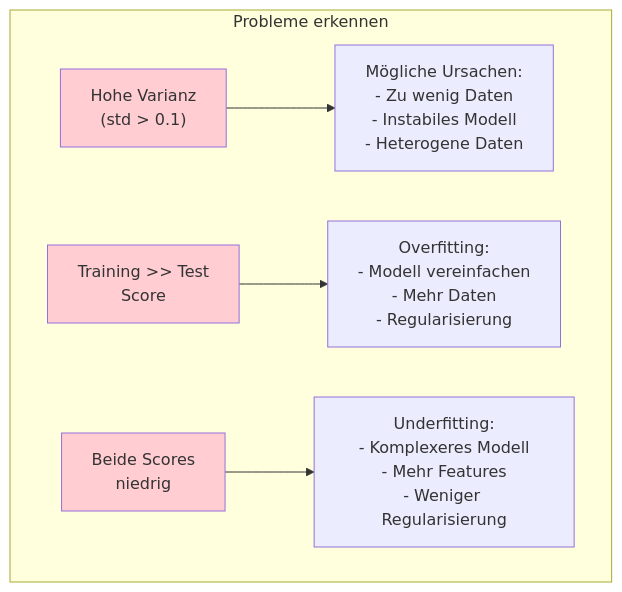
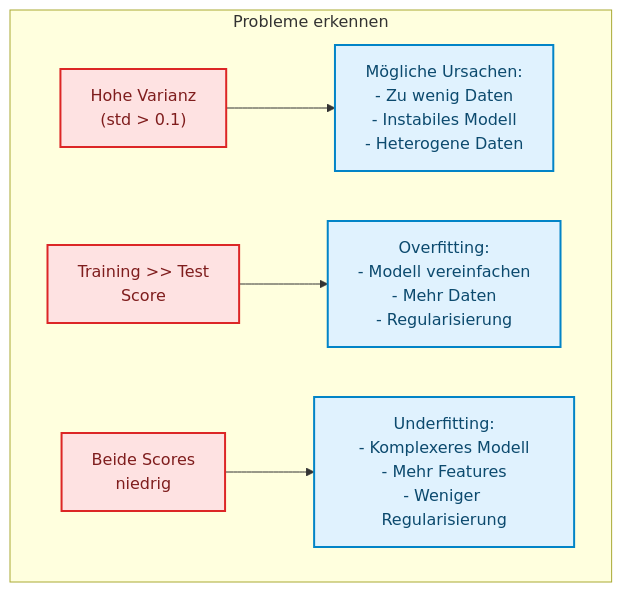
One commit to ralf-42/ML_Intro changed the eighth of 9 diagrams in docs/concepts/evaluate/cross_validation.md. Above: the diagram before and after it, drawn with Mermaid. The commit also changed other lines of this file and 67 other files, not shown here.

````diff
--- a/docs/concepts/evaluate/cross_validation.md
+++ b/docs/concepts/evaluate/cross_validation.md
@@ -630,14 +627,14 @@
 ```mermaid
 flowchart TB
     subgraph probleme["Probleme erkennen"]
         P1["Hohe Varianz<br/>(std > 0.1)"] --> C1["Mögliche Ursachen:<br/>- Zu wenig Daten<br/>- Instabiles Modell<br/>- Heterogene Daten"]
         
         P2["Training >> Test<br/>Score"] --> C2["Overfitting:<br/>- Modell vereinfachen<br/>- Mehr Daten<br/>- Regularisierung"]
         
         P3["Beide Scores<br/>niedrig"] --> C3["Underfitting:<br/>- Komplexeres Modell<br/>- Mehr Features<br/>- Weniger Regularisierung"]
     end
-    
-    style P1 fill:#ffcdd2
-    style P2 fill:#ffcdd2
-    style P3 fill:#ffcdd2
+
+    classDef default fill:#e0f2fe,stroke:#0284c7,stroke-width:2px,color:#0c4a6e;
+    classDef stop fill:#fee2e2,stroke:#dc2626,stroke-width:2px,color:#7f1d1d;
+    class P1,P2,P3 stop;
 ```
````
